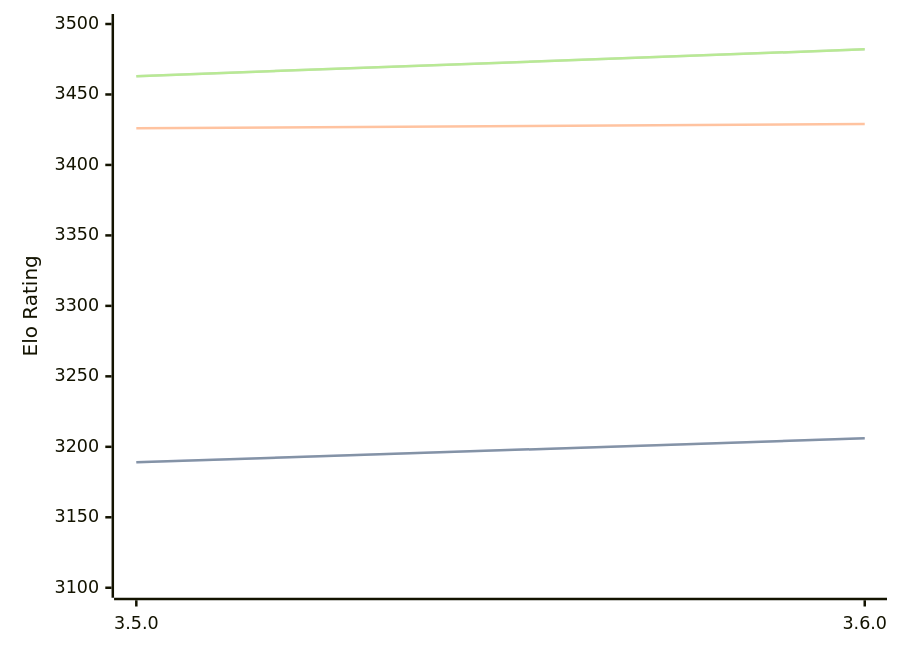
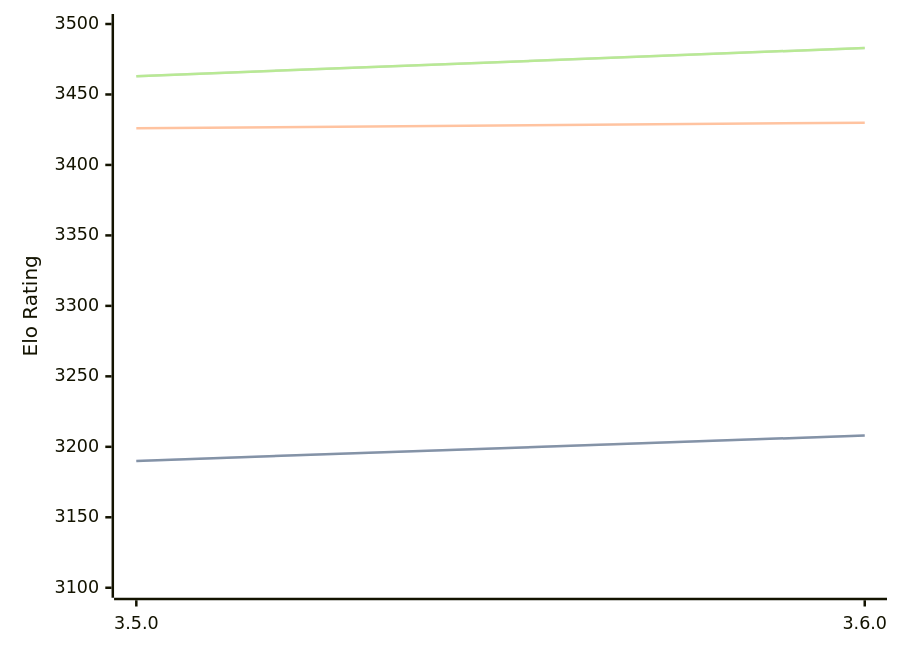
Before and after one commit to computer-chess-index/cci: the diagram in engines/Igel.md, drawn with Mermaid. The commit also changed other lines of this file, not shown here.

Commit message:
Update CCI Ratings (ELO VLTC) - 2026-03-28

````diff
--- a/engines/Igel.md
+++ b/engines/Igel.md
@@ -68,11 +68,11 @@
 ```mermaid
 %%{init: {"theme":"base","themeVariables":{"seriesColors:['#a3a3a3','#222221','#faa371']}}}%%
 xychart-beta
   x-axis ["3.5.0", "3.6.0"]
   y-axis "Elo Rating" 3100 --> 3500
-  line "STC (8.0+0.08s)" [3189, 3206]
-  line "STC (8.0+0.08s)" [3189, 3206]
-  line "LTC (60.0+0.60s)" [3426, 3429]
-  line "VLTC (2m24s+1.12s)" [3463, 3482]
-  line "VLTC (2m24s+1.12s)" [3463, 3482]
+  line "STC (8.0+0.08s)" [3190, 3208]
+  line "STC (8.0+0.08s)" [3190, 3208]
+  line "LTC (60.0+0.60s)" [3426, 3430]
+  line "VLTC (2m24s+1.12s)" [3463, 3483]
+  line "VLTC (2m24s+1.12s)" [3463, 3483]
 ```
````
